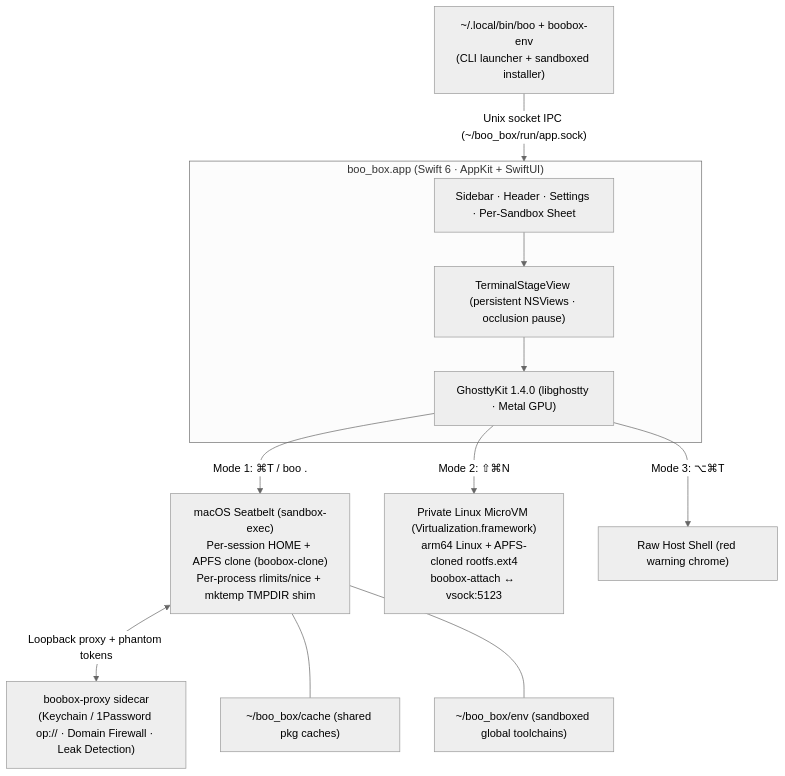
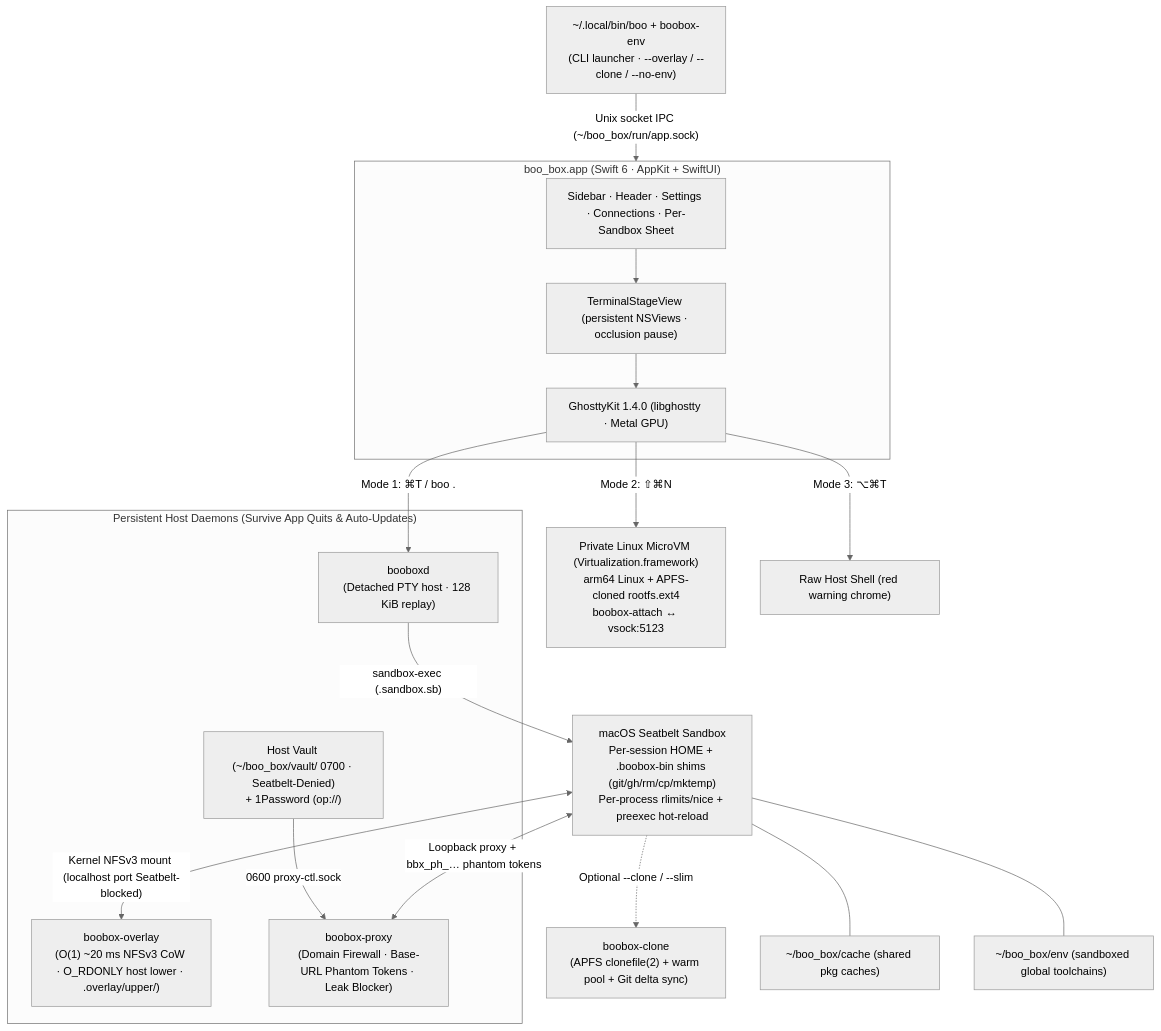
The diagram in README.md (apguan/boo_box), drawn with Mermaid (neutral theme) before and after one commit. The commit also changed other lines of this file and 5 other files, not shown here.

First line of the commit message:
docs: update README architecture diagram, SETUP_COOKBOOK, and add generic screenshots

````diff
--- a/README.md
+++ b/README.md
@@ -42,18 +47,29 @@
 ```mermaid
 flowchart TB
-  CLI["~/.local/bin/boo + boobox-env<br/>(CLI launcher + sandboxed installer)"] -->|"Unix socket IPC (~/boo_box/run/app.sock)"| APP
+  CLI["~/.local/bin/boo + boobox-env<br/>(CLI launcher · --overlay / --clone / --no-env)"] -->|"Unix socket IPC (~/boo_box/run/app.sock)"| APP
+
   subgraph APP["boo_box.app (Swift 6 · AppKit + SwiftUI)"]
-    UI["Sidebar · Header · Settings · Per-Sandbox Sheet"]
+    UI["Sidebar · Header · Settings · Connections · Per-Sandbox Sheet"]
     STAGE["TerminalStageView (persistent NSViews · occlusion pause)"]
     GK["GhosttyKit 1.4.0 (libghostty · Metal GPU)"]
     UI --> STAGE --> GK
   end
 
-  GK -->|"Mode 1: ⌘T / boo ."| SB["macOS Seatbelt (sandbox-exec)<br/>Per-session HOME + APFS clone (boobox-clone)<br/>Per-process rlimits/nice + mktemp TMPDIR shim"]
+  subgraph PERSIST["Persistent Host Daemons (Survive App Quits & Auto-Updates)"]
+    PTYD["booboxd<br/>(Detached PTY host · 128 KiB replay)"]
+    OVL["boobox-overlay<br/>(O(1) ~20 ms NFSv3 CoW · O_RDONLY host lower · .overlay/upper/)"]
+    PROXY["boobox-proxy<br/>(Domain Firewall · Base-URL Phantom Tokens · Leak Blocker)"]
+    VAULT["Host Vault (~/boo_box/vault/ 0700 · Seatbelt-Denied)<br/>+ 1Password (op://)"]
+    VAULT -->|"0600 proxy-ctl.sock"| PROXY
+  end
+
+  GK -->|"Mode 1: ⌘T / boo ."| PTYD -->|"sandbox-exec (.sandbox.sb)"| SB["macOS Seatbelt Sandbox<br/>Per-session HOME + .boobox-bin shims (git/gh/rm/cp/mktemp)<br/>Per-process rlimits/nice + preexec hot-reload"]
   GK -->|"Mode 2: ⇧⌘N"| VM["Private Linux MicroVM (Virtualization.framework)<br/>arm64 Linux + APFS-cloned rootfs.ext4<br/>boobox-attach ↔ vsock:5123"]
   GK -->|"Mode 3: ⌥⌘T"| RAW["Raw Host Shell (red warning chrome)"]
 
-  SB <-->|"Loopback proxy + phantom tokens"| PROXY["boobox-proxy sidecar<br/>(Keychain / 1Password op:// · Domain Firewall · Leak Detection)"]
+  SB <-->|"Kernel NFSv3 mount (localhost port Seatbelt-blocked)"| OVL
+  SB -.->|"Optional --clone / --slim"| CLONE["boobox-clone<br/>(APFS clonefile(2) + warm pool + Git delta sync)"]
+  SB <-->|"Loopback proxy + bbx_ph_… phantom tokens"| PROXY
   SB --- CACHE["~/boo_box/cache (shared pkg caches)"]
   SB --- ENV["~/boo_box/env (sandboxed global toolchains)"]
 ```
````
